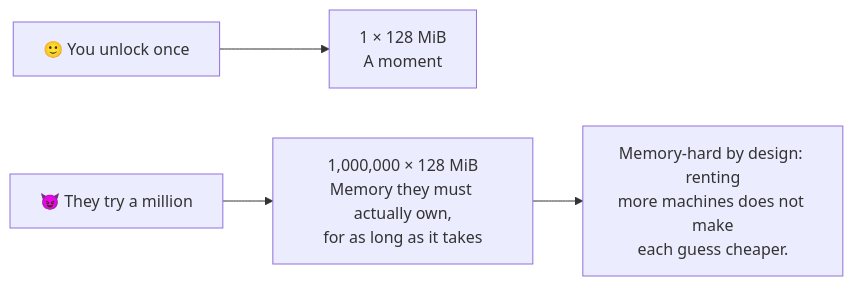
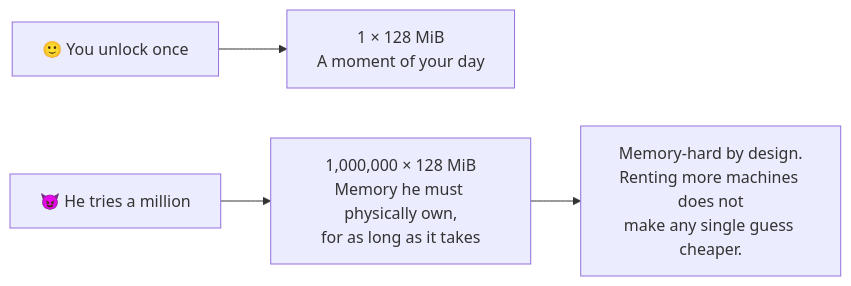
Before and after one commit to TuPhung369/passwordepic-website: the fifth of 11 diagrams in docs/attack-scenarios.md, drawn with Mermaid. The commit also changed other lines of this file and 6 other files, not shown here.

````diff
--- a/docs/attack-scenarios.md
+++ b/docs/attack-scenarios.md
@@ -114,6 +198,6 @@
 ```mermaid
 flowchart LR
-  Y["🙂 You unlock once"] --> Y1["1 × 128 MiB<br/>A moment"]
-  T["😈 They try a million"] --> T1["1,000,000 × 128 MiB<br/>Memory they must actually own,<br/>for as long as it takes"]
-  T1 --> N["Memory-hard by design: renting<br/>more machines does not make<br/>each guess cheaper."]
+  Y["🙂 You unlock once"] --> Y1["1 × 128 MiB<br/>A moment of your day"]
+  T["😈 He tries a million"] --> T1["1,000,000 × 128 MiB<br/>Memory he must physically own,<br/>for as long as it takes"]
+  T1 --> N["Memory-hard by design.<br/>Renting more machines does not<br/>make any single guess cheaper."]
 ```
````
